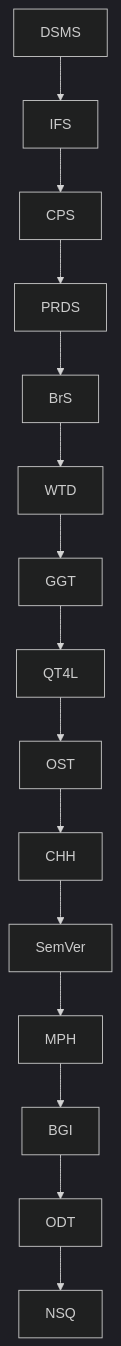
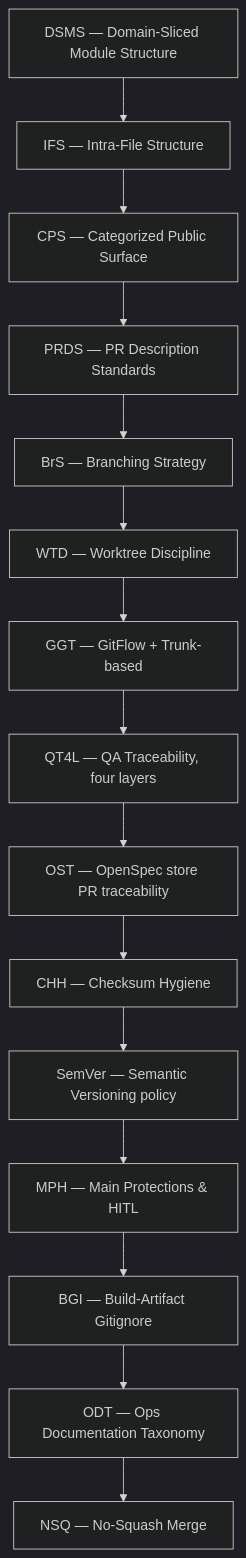
Before and after one commit to chimeranext/better-toolkits: the diagram in shared/references/engineering-standards/README.md, drawn with Mermaid (dark theme).

Commit message:
docs(engineering-standards): detailed Mermaid TD adoption flowchart

````diff
--- a/shared/references/engineering-standards/README.md
+++ b/shared/references/engineering-standards/README.md
@@ -35,6 +35,11 @@
 ```mermaid
 flowchart TD
-    A[DSMS] --> B[IFS] --> C[CPS] --> D[PRDS] --> E[BrS] --> F[WTD] --> G[GGT]
-    G --> H[QT4L] --> I[OST] --> J[CHH] --> K[SemVer] --> L[MPH] --> M[BGI]
-    M --> N[ODT] --> O[NSQ]
+    A[DSMS — Domain-Sliced Module Structure] --> B[IFS — Intra-File Structure]
+    B --> C[CPS — Categorized Public Surface] --> D[PRDS — PR Description Standards]
+    D --> E[BrS — Branching Strategy] --> F[WTD — Worktree Discipline]
+    F --> G[GGT — GitFlow + Trunk-based] --> H[QT4L — QA Traceability, four layers]
+    H --> I[OST — OpenSpec store PR traceability] --> J[CHH — Checksum Hygiene]
+    J --> K[SemVer — Semantic Versioning policy] --> L[MPH — Main Protections & HITL]
+    L --> M[BGI — Build-Artifact Gitignore] --> N[ODT — Ops Documentation Taxonomy]
+    N --> O[NSQ — No-Squash Merge]
 ```
````
